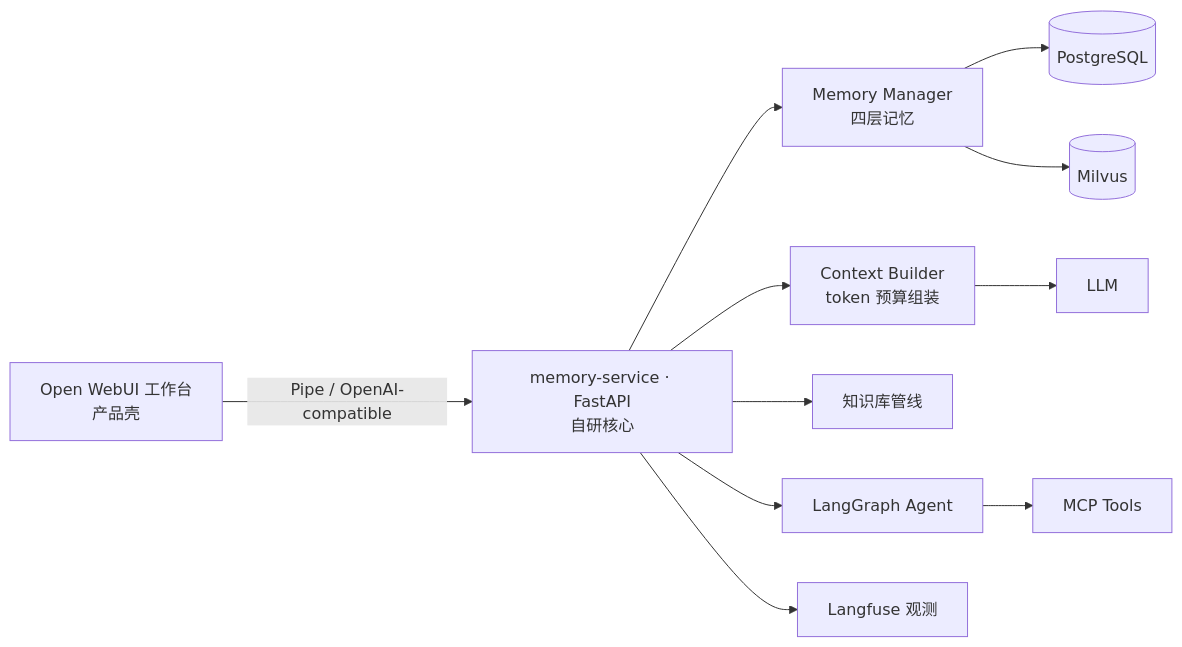
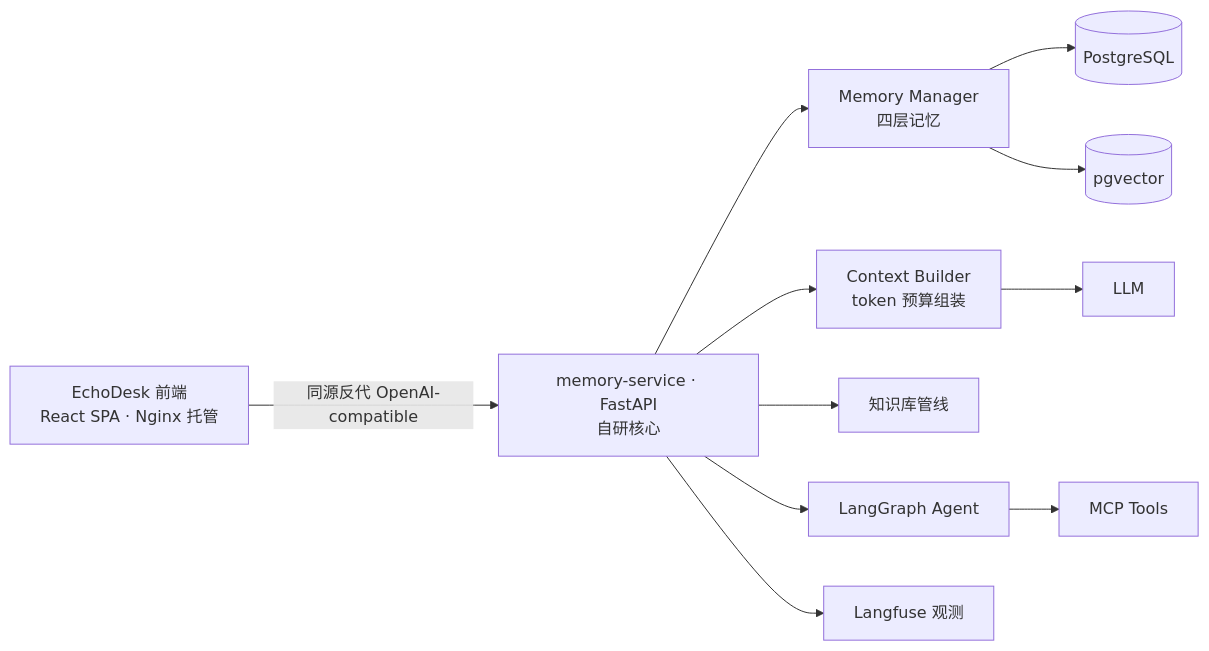
Before and after one commit to xiaoxin8635/ai-long-session-workbench: the diagram in README.md, drawn with Mermaid. The commit also changed other lines of this file and 11 other files, not shown here.

First line of the commit message:
feat: M-F6 部署切换——web 容器接管 3000 + Open WebUI/Pipe 退役（阶段2 收官）

````diff
--- a/README.md
+++ b/README.md
@@ -19,13 +19,13 @@
 ```mermaid
 flowchart LR
-    UI[Open WebUI 工作台<br/>产品壳] -->|Pipe / OpenAI-compatible| SVC[memory-service · FastAPI<br/>自研核心]
+    UI[EchoDesk 前端<br/>React SPA · Nginx 托管] -->|同源反代 OpenAI-compatible| SVC[memory-service · FastAPI<br/>自研核心]
     SVC --> MEM[Memory Manager<br/>四层记忆]
     SVC --> CTX[Context Builder<br/>token 预算组装]
     SVC --> RAG[知识库管线]
     SVC --> AGENT[LangGraph Agent]
     AGENT --> TOOL[MCP Tools]
     MEM --> PG[(PostgreSQL)]
-    MEM --> VDB[(Milvus)]
+    MEM --> VDB[(pgvector)]
     CTX --> LLM[LLM]
     SVC --> LF[Langfuse 观测]
 ```
````
